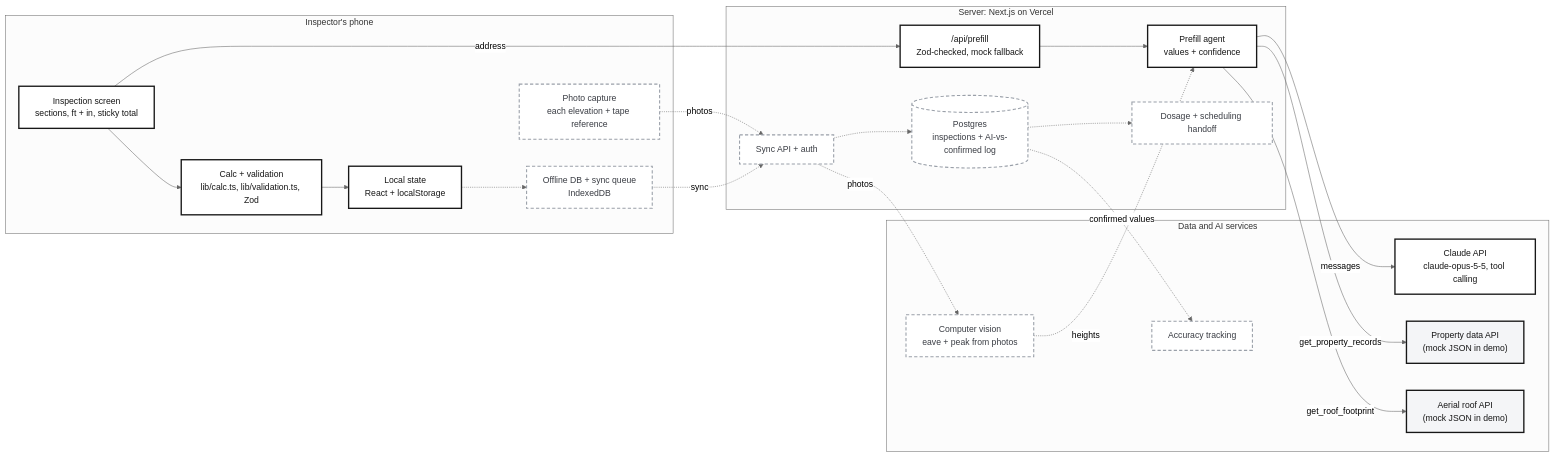
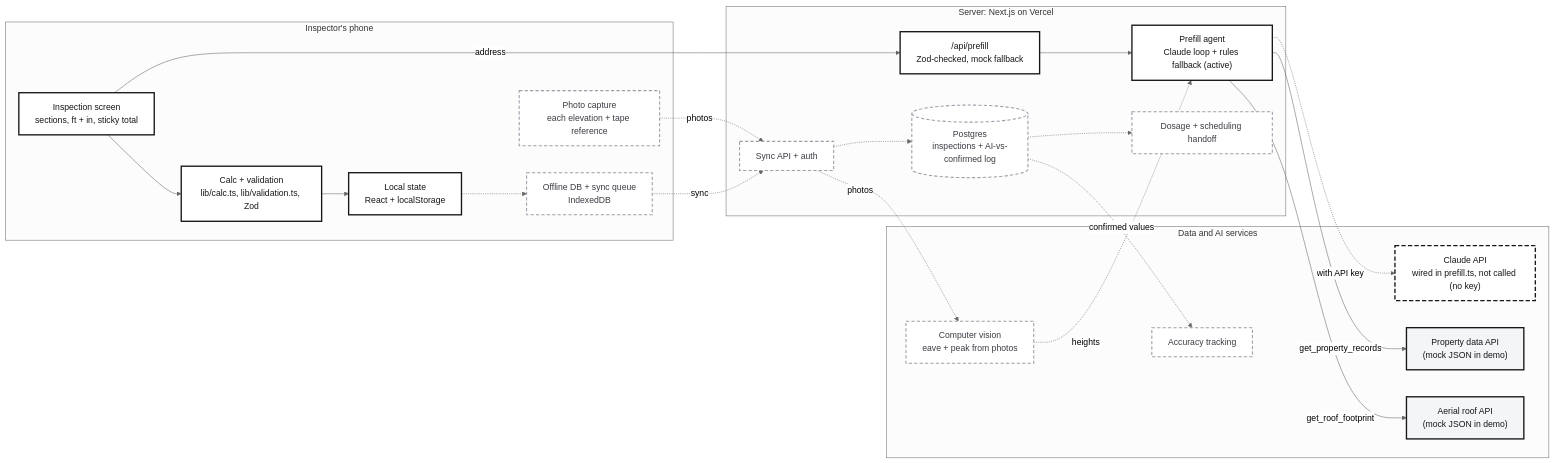
The diagram in README.md (dextercabrerava/fumigation-measure), drawn with Mermaid (neutral theme) before and after one commit. The commit also changed other lines of this file and 2 other files, not shown here.

First line of the commit message:
README and diagram: state demo status, mock data and wired Claude path

````diff
--- a/README.md
+++ b/README.md
@@ -12,38 +18,39 @@
 ```mermaid
 flowchart LR
   subgraph Phone["Inspector's phone"]
     UI["Inspection screen<br/>sections, ft + in, sticky total"]:::built
     CALC["Calc + validation<br/>lib/calc.ts, lib/validation.ts, Zod"]:::built
     LS["Local state<br/>React + localStorage"]:::built
     IDB["Offline DB + sync queue<br/>IndexedDB"]:::planned
     CAM["Photo capture<br/>each elevation + tape reference"]:::planned
   end
   subgraph Server["Server: Next.js on Vercel"]
     API["/api/prefill<br/>Zod-checked, mock fallback"]:::built
-    AGENT["Prefill agent<br/>values + confidence"]:::built
+    AGENT["Prefill agent<br/>Claude loop + rules fallback (active)"]:::built
     SYNC["Sync API + auth"]:::planned
     DB[("Postgres<br/>inspections + AI-vs-confirmed log")]:::planned
     HAND["Dosage + scheduling handoff"]:::planned
   end
   subgraph Services["Data and AI services"]
-    CLAUDE["Claude API<br/>claude-opus-5-5, tool calling"]:::built
+    CLAUDE["Claude API<br/>wired in prefill.ts, not called (no key)"]:::wired
     PROP["Property data API<br/>(mock JSON in demo)"]:::mock
     ROOF["Aerial roof API<br/>(mock JSON in demo)"]:::mock
     CV["Computer vision<br/>eave + peak from photos"]:::planned
     ACC["Accuracy tracking"]:::planned
   end
   UI --> CALC --> LS -.-> IDB
   UI -- address --> API --> AGENT
-  AGENT -- messages --> CLAUDE
+  AGENT -. with API key .-> CLAUDE
   AGENT -- get_property_records --> PROP
   AGENT -- get_roof_footprint --> ROOF
   IDB -. sync .-> SYNC
   CAM -. photos .-> SYNC
   SYNC -.-> DB -.-> HAND
   SYNC -. photos .-> CV
   CV -. heights .-> AGENT
   DB -. confirmed values .-> ACC
   classDef built fill:#ffffff,stroke:#171717,stroke-width:2.5px,color:#171717
+  classDef wired fill:#ffffff,stroke:#171717,stroke-width:2.5px,stroke-dasharray:8 4,color:#171717
   classDef mock fill:#f4f5f7,stroke:#171717,stroke-width:2.5px,color:#171717
   classDef planned fill:#ffffff,stroke:#9aa0a9,stroke-width:2px,stroke-dasharray:6 4,color:#3a3d44
 ```
````
